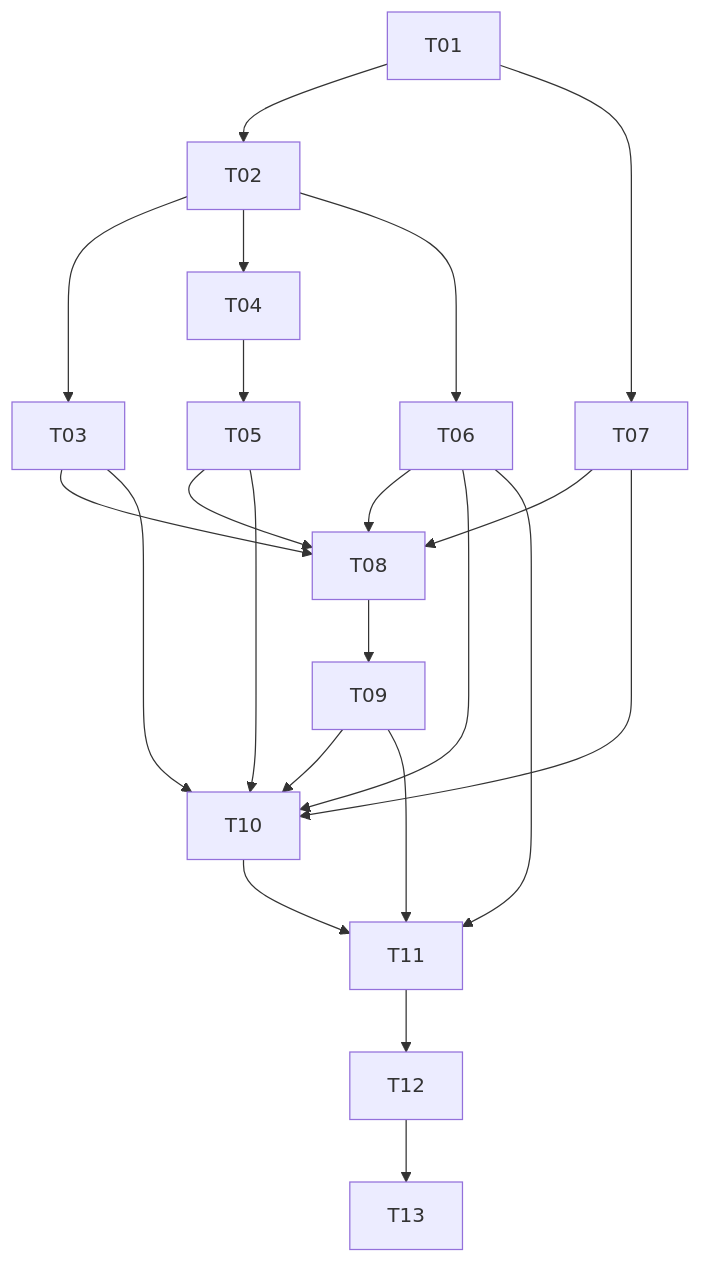
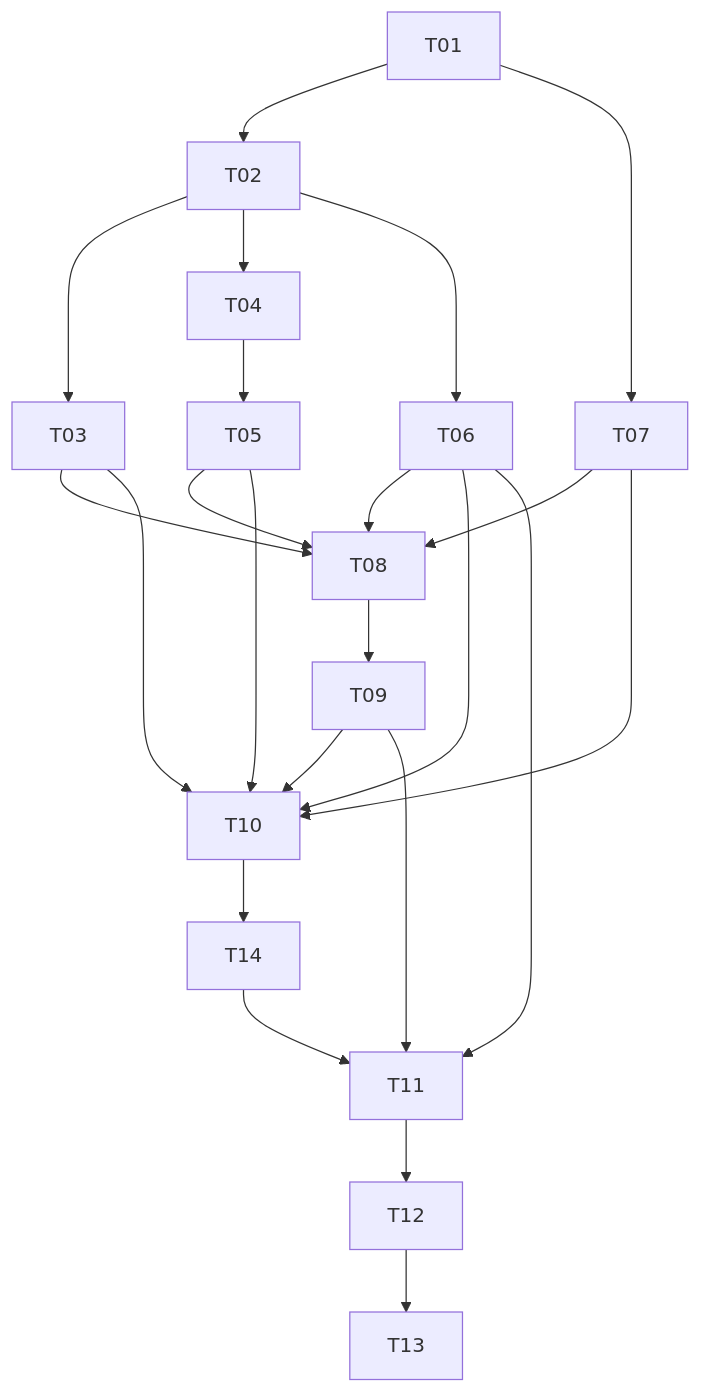
The diagram in docs/baseline/TASKS.md (JAY201368/CodingAgentNeo), drawn with Mermaid before and after one commit. The commit also changed other lines of this file and 3 other files, not shown here.

````diff
--- a/docs/baseline/TASKS.md
+++ b/docs/baseline/TASKS.md
@@ -18,24 +18,25 @@
 ```mermaid
 flowchart TD
     T01 --> T02
     T01 --> T07
     T02 --> T03
     T02 --> T04
     T02 --> T06
     T04 --> T05
     T03 --> T08
     T05 --> T08
     T06 --> T08
     T07 --> T08
     T08 --> T09
     T03 --> T10
     T05 --> T10
     T06 --> T10
     T07 --> T10
     T09 --> T10
+    T10 --> T14
     T06 --> T11
     T09 --> T11
-    T10 --> T11
+    T14 --> T11
     T11 --> T12
     T12 --> T13
 ```
````
